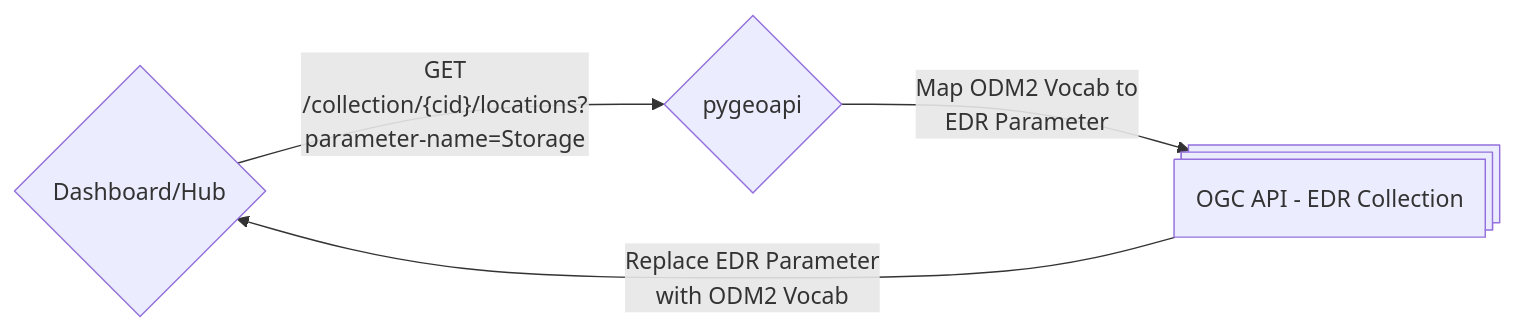
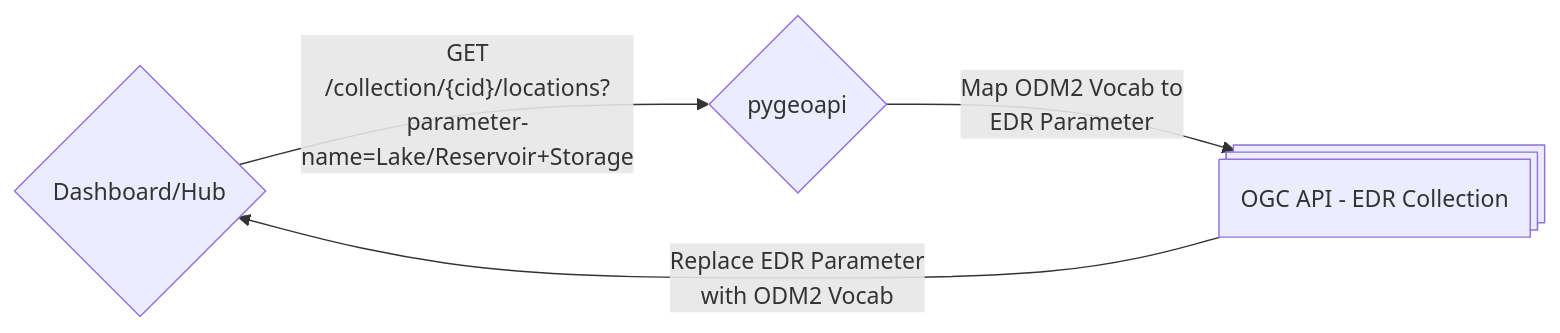
One commit to internetofwater/Western-Water-Datahub changed the second of 4 diagrams in docs/ontology.md. Above: the diagram before and after it, drawn with Mermaid. The commit also changed other lines of this file and 7 other files, not shown here.

````diff
--- a/docs/ontology.md
+++ b/docs/ontology.md
@@ -35,8 +35,8 @@
 ```mermaid
 flowchart LR
     I{Dashboard/Hub}
     P{pygeoapi}
     E@{ shape: procs, label: "OGC API - EDR Collection"}
 
-    I -- GET<br>/collection/{cid}/locations?parameter-name=Storage --> P -- Map ODM2 Vocab to<br>EDR Parameter --> E  -- Replace EDR Parameter<br>with ODM2 Vocab --> I
+    I -- GET<br>/collection/{cid}/locations?parameter-name=Lake/Reservoir+Storage --> P -- Map ODM2 Vocab to<br>EDR Parameter --> E  -- Replace EDR Parameter<br>with ODM2 Vocab --> I
 ```
````
